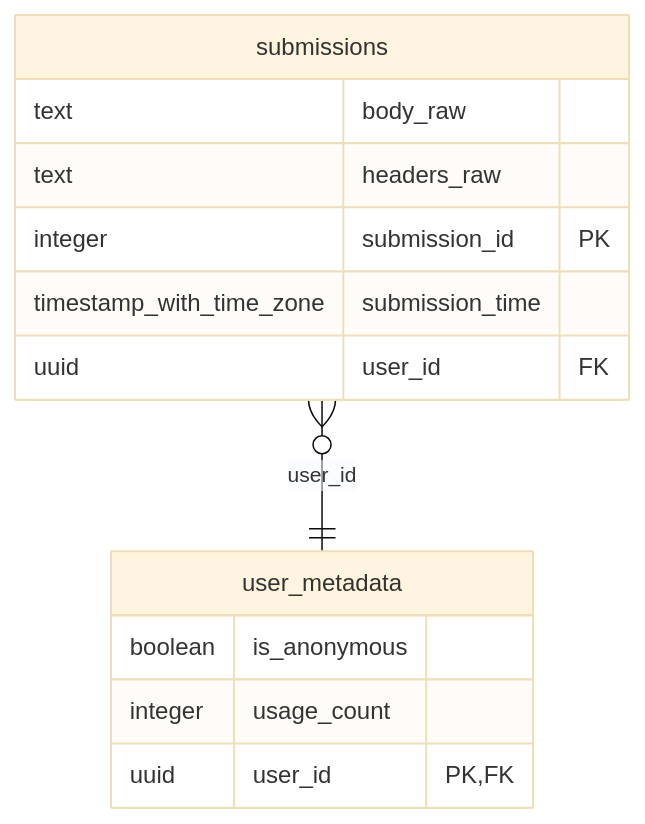
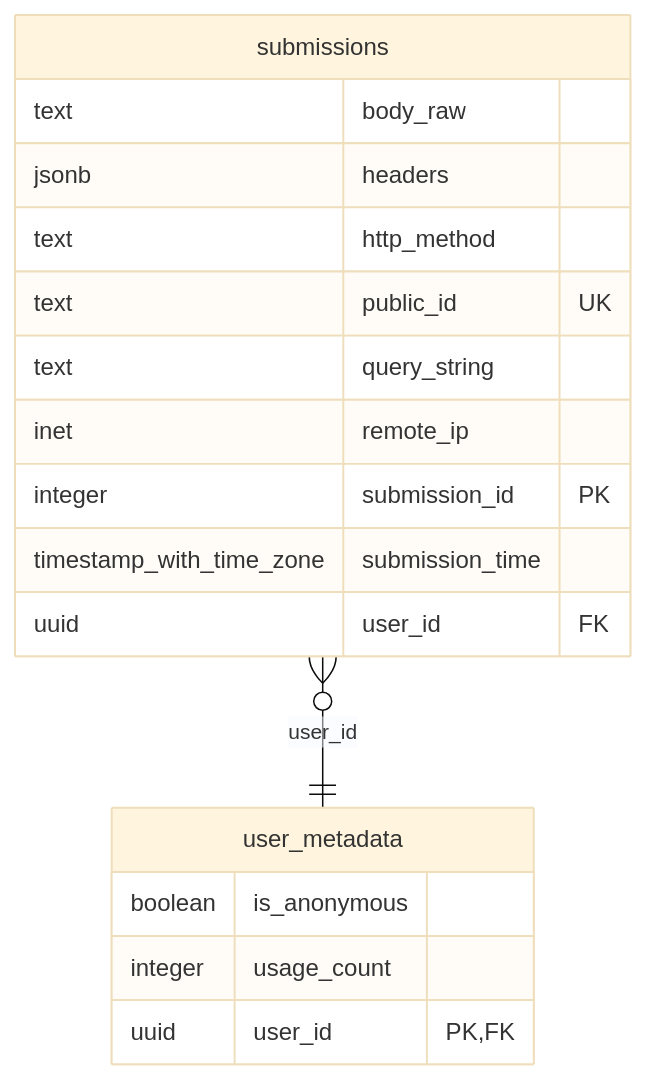
The diagram in __design__/db_schema_diagram.mmd (khera/webhookthing), drawn with Mermaid (base theme) before and after one commit. The commit also changed 8 other files, not shown here.

```diff
--- a/__design__/db_schema_diagram.mmd
+++ b/__design__/db_schema_diagram.mmd
@@ -1,16 +1,20 @@
 erDiagram
     submissions {
         text body_raw 
-        text headers_raw 
+        jsonb headers 
+        text http_method 
+        text public_id UK 
+        text query_string 
+        inet remote_ip 
         integer submission_id PK 
         timestamp_with_time_zone submission_time 
         uuid user_id FK 
     }
 
     user_metadata {
         boolean is_anonymous 
         integer usage_count 
         uuid user_id PK,FK 
     }
 
     submissions }o--|| user_metadata : "user_id"
```
